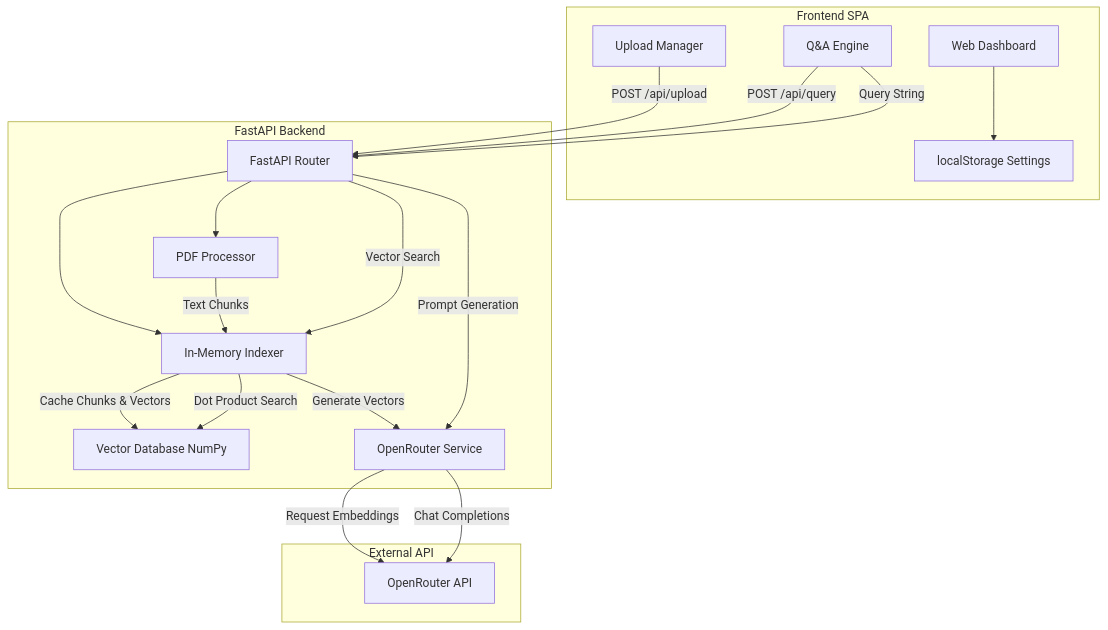
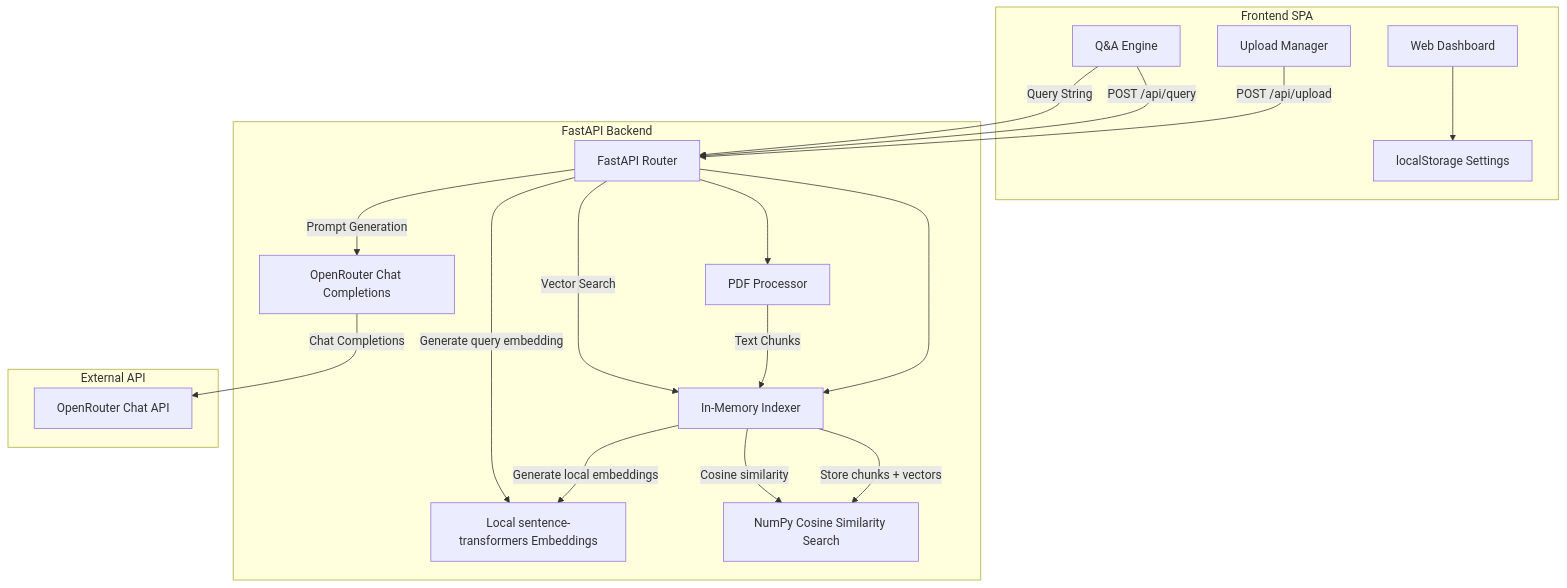
One commit to wolmarsh/innovative_insights changed the diagram in architecture.md. Above: the diagram before and after it, drawn with Mermaid. The commit also changed other lines of this file and 2 other files, not shown here.

Commit message:
Refresh documentation and setup instructions

````diff
--- a/architecture.md
+++ b/architecture.md
@@ -18,37 +18,38 @@
 ```mermaid
 graph TD
     subgraph Client [Frontend SPA]
         UI[Web Dashboard]
         LS[localStorage Settings]
         DRG[Upload Manager]
         QA[Q&A Engine]
     end
 
     subgraph Server [FastAPI Backend]
         API[FastAPI Router]
         PDF[PDF Processor]
         IDX[In-Memory Indexer]
-        VEC[Vector Database NumPy]
-        LLM[OpenRouter Service]
+        EMB[Local sentence-transformers Embeddings]
+        VEC[NumPy Cosine Similarity Search]
+        CHAT[OpenRouter Chat Completions]
     end
 
     subgraph External [External API]
-        OR[OpenRouter API]
+        OR[OpenRouter Chat API]
     end
 
     UI --> LS
     DRG -->|POST /api/upload| API
     QA -->|POST /api/query| API
     API --> PDF
     API --> IDX
     PDF -->|Text Chunks| IDX
-    IDX -->|Generate Vectors| LLM
-    LLM -->|Request Embeddings| OR
-    IDX -->|Cache Chunks & Vectors| VEC
-    
+    IDX -->|Generate local embeddings| EMB
+    IDX -->|Store chunks + vectors| VEC
+
     QA -->|Query String| API
+    API -->|Generate query embedding| EMB
     API -->|Vector Search| IDX
-    IDX -->|Dot Product Search| VEC
-    API -->|Prompt Generation| LLM
-    LLM -->|Chat Completions| OR
+    IDX -->|Cosine similarity| VEC
+    API -->|Prompt Generation| CHAT
+    CHAT -->|Chat Completions| OR
 ```
````
